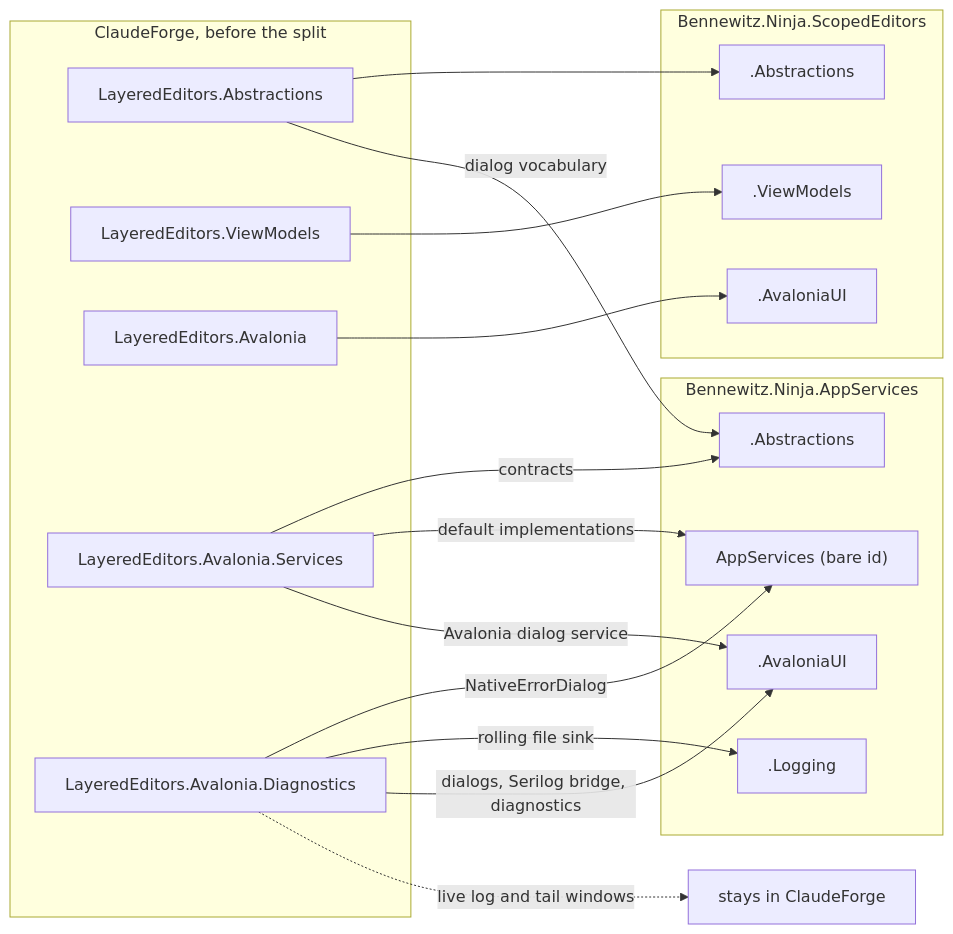
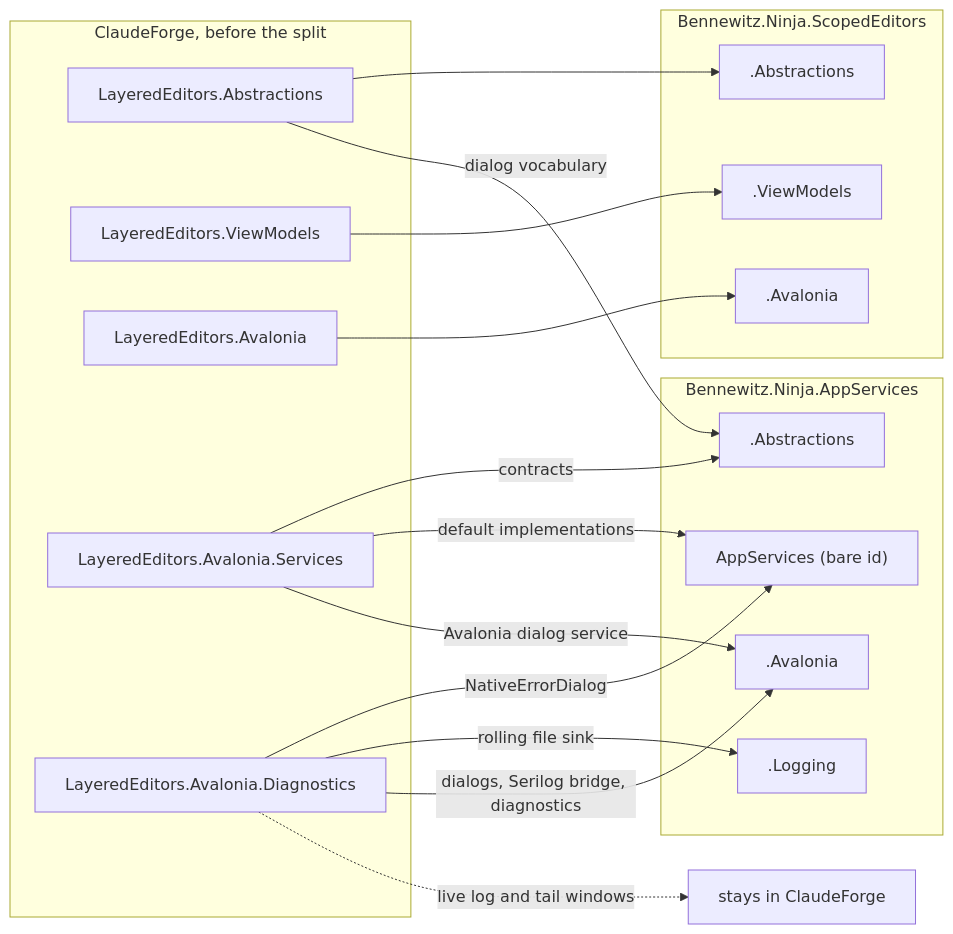
The diagram in docs/layered-editors-renames.md (JanusMael/Bennewitz.Ninja.Templates), drawn with Mermaid before and after one commit. The commit also changed other lines of this file and 1 other file, not shown here.

First line of the commit message:
docs: the Avalonia package ids keep .Avalonia; only what is inside moved

````diff
--- a/docs/layered-editors-renames.md
+++ b/docs/layered-editors-renames.md
@@ -18,33 +20,33 @@
 ```mermaid
 flowchart LR
     subgraph before["ClaudeForge, before the split"]
         LA["LayeredEditors.Abstractions"]
         LV["LayeredEditors.ViewModels"]
         LU["LayeredEditors.Avalonia"]
         LS["LayeredEditors.Avalonia.Services"]
         LD["LayeredEditors.Avalonia.Diagnostics"]
     end
     subgraph scoped["Bennewitz.Ninja.ScopedEditors"]
         SA[".Abstractions"]
         SV[".ViewModels"]
-        SU[".AvaloniaUI"]
+        SU[".Avalonia"]
     end
     subgraph appsvc["Bennewitz.Ninja.AppServices"]
         AA[".Abstractions"]
         AB["AppServices (bare id)"]
         AL[".Logging"]
-        AU[".AvaloniaUI"]
+        AU[".Avalonia"]
     end
     CF["stays in ClaudeForge"]
     LA --> SA
     LA -- dialog vocabulary --> AA
     LV --> SV
     LU --> SU
     LS -- contracts --> AA
     LS -- default implementations --> AB
     LS -- Avalonia dialog service --> AU
     LD -- NativeErrorDialog --> AB
     LD -- rolling file sink --> AL
     LD -- dialogs, Serilog bridge, diagnostics --> AU
     LD -. live log and tail windows .-> CF
 ```
````
